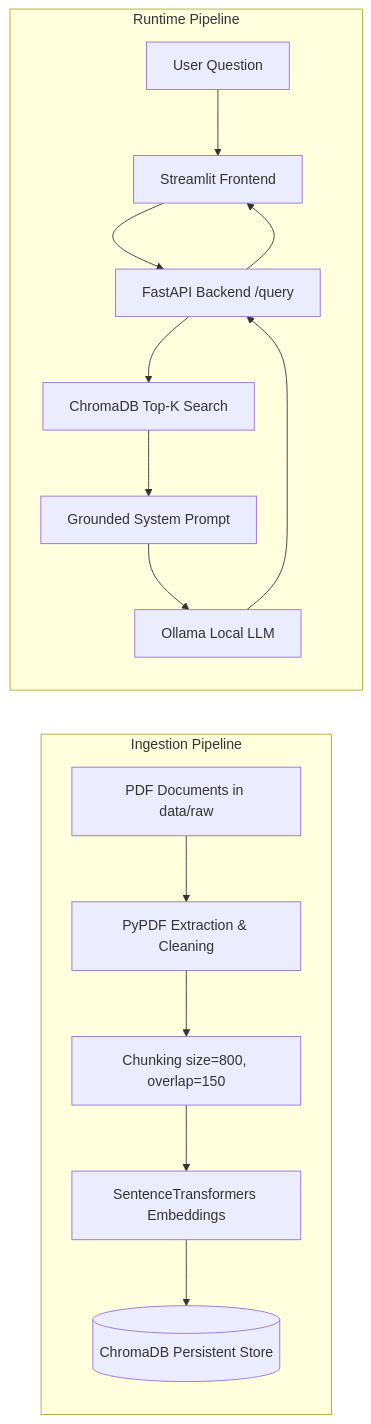
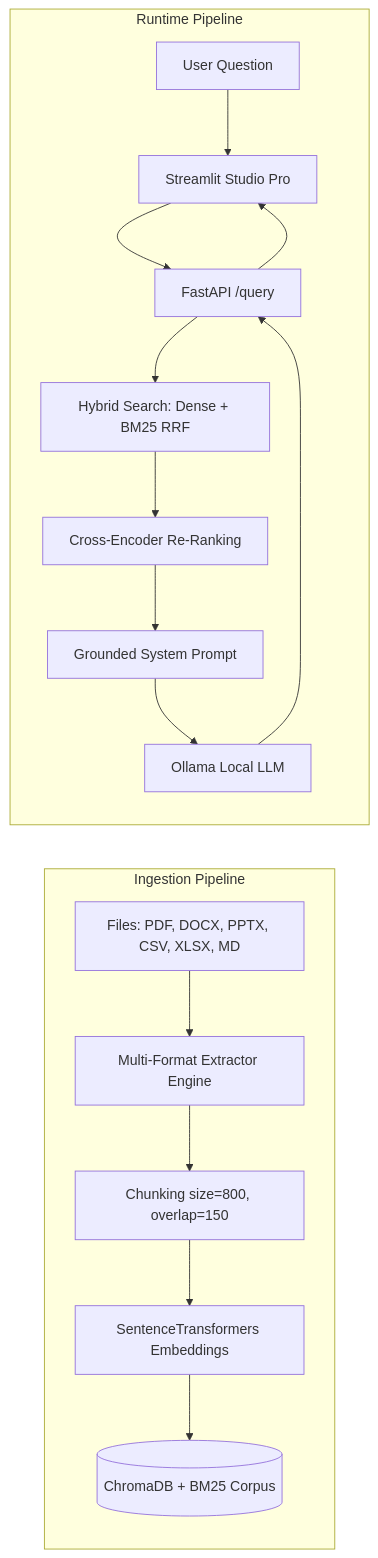
Before and after one commit to Ahmad-Salah-22/RAG-Powered-Document-Assistant-: the diagram in README.md, drawn with Mermaid. The commit also changed other lines of this file and 16 other files, not shown here.

First line of the commit message:
feat: Add hybrid BM25 retrieval, cross-encoder re-ranking, multimodal ingestion, and evaluation framework

````diff
--- a/README.md
+++ b/README.md
@@ -25,19 +25,20 @@
 ```mermaid
 flowchart LR
     subgraph Ingestion Pipeline
-        A[PDF Documents in data/raw] --> B[PyPDF Extraction & Cleaning]
+        A[Files: PDF, DOCX, PPTX, CSV, XLSX, MD] --> B[Multi-Format Extractor Engine]
         B --> C[Chunking size=800, overlap=150]
         C --> D[SentenceTransformers Embeddings]
-        D --> E[(ChromaDB Persistent Store)]
+        D --> E[(ChromaDB + BM25 Corpus)]
     end
 
     subgraph Runtime Pipeline
-        F[User Question] --> G[Streamlit Frontend]
-        G --> H[FastAPI Backend /query]
-        H --> I[ChromaDB Top-K Search]
-        I --> J[Grounded System Prompt]
-        J --> K[Ollama Local LLM]
-        K --> H
+        F[User Question] --> G[Streamlit Studio Pro]
+        G --> H[FastAPI /query]
+        H --> I[Hybrid Search: Dense + BM25 RRF]
+        I --> J[Cross-Encoder Re-Ranking]
+        J --> K[Grounded System Prompt]
+        K --> L[Ollama Local LLM]
+        L --> H
         H --> G
     end
 ```
````
